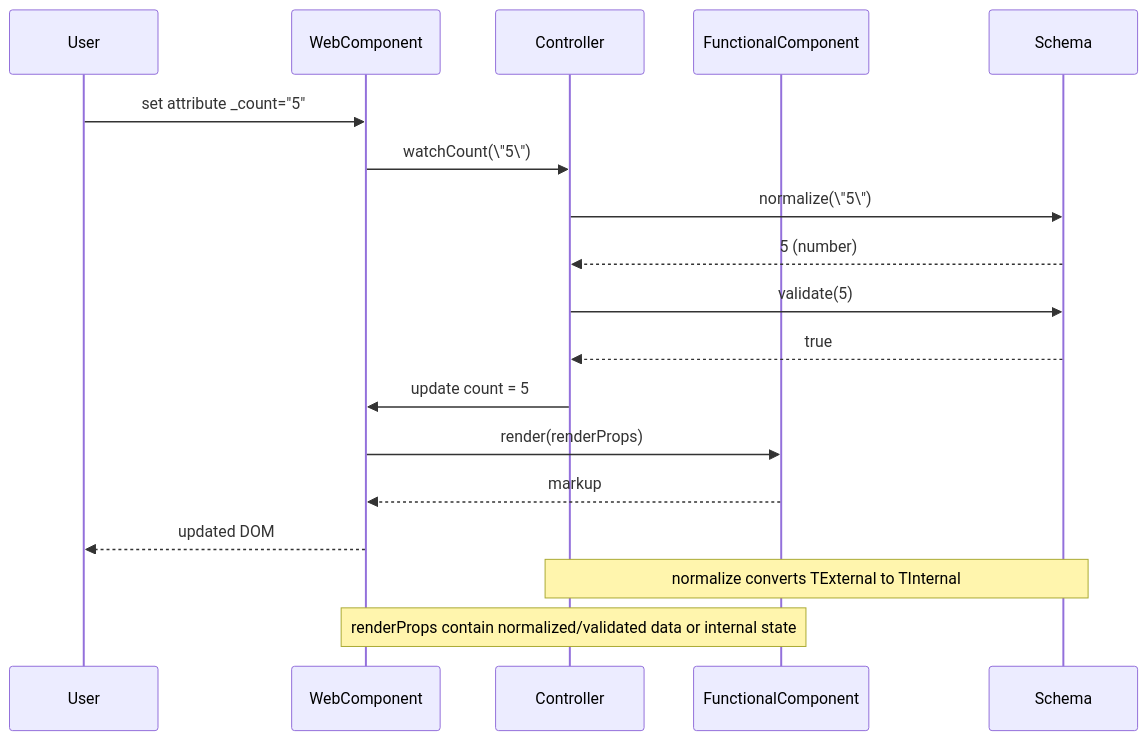
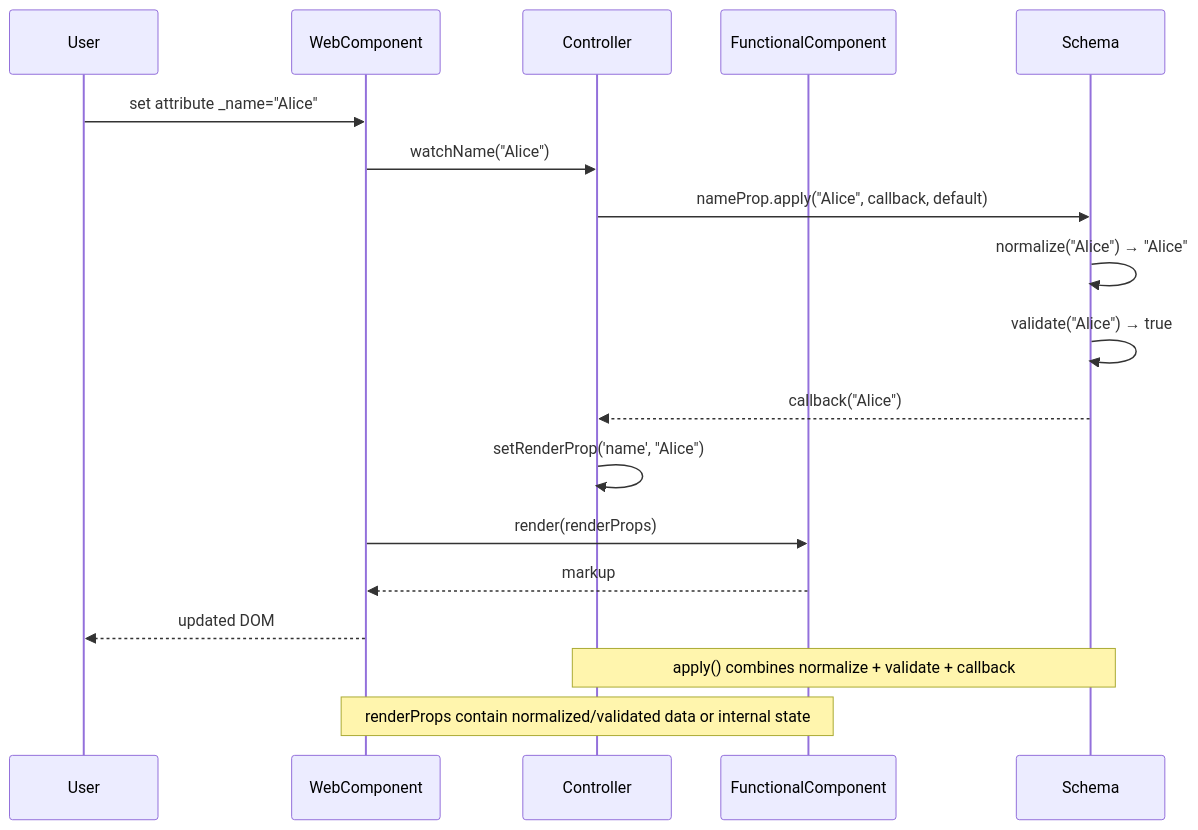
One commit to public-ui/kolibri changed the third of 3 diagrams in packages/components/src/components/_skeleton/ARC42.md. Above: the diagram before and after it, drawn with Mermaid. The commit also changed other lines of this file and 25 other files, not shown here.

First line of the commit message:
refactor: Enhance component architecture by introducing BaseWebComponent

````diff
--- a/packages/components/src/components/_skeleton/ARC42.md
+++ b/packages/components/src/components/_skeleton/ARC42.md
@@ -401,20 +448,20 @@
 ```mermaid
 sequenceDiagram
     participant U as User
     participant WC as WebComponent
     participant CTRL as Controller
     participant FC as FunctionalComponent
     participant S as Schema
-    U->>WC: set attribute _count="5"
-    WC->>CTRL: watchCount(\"5\")
-    CTRL->>S: normalize(\"5\")
-    S-->>CTRL: 5 (number)
-    CTRL->>S: validate(5)
-    S-->>CTRL: true
-    CTRL->>WC: update count = 5
+    U->>WC: set attribute _name="Alice"
+    WC->>CTRL: watchName("Alice")
+    CTRL->>S: nameProp.apply("Alice", callback, default)
+    S->>S: normalize("Alice") → "Alice"
+    S->>S: validate("Alice") → true
+    S-->>CTRL: callback("Alice")
+    CTRL->>CTRL: setRenderProp('name', "Alice")
     WC->>FC: render(renderProps)
     FC-->>WC: markup
     WC-->>U: updated DOM
-    Note over S,CTRL: normalize converts TExternal to TInternal
+    Note over S,CTRL: apply() combines normalize + validate + callback
     Note over FC,WC: renderProps contain normalized/validated data or internal state
 ```
````
